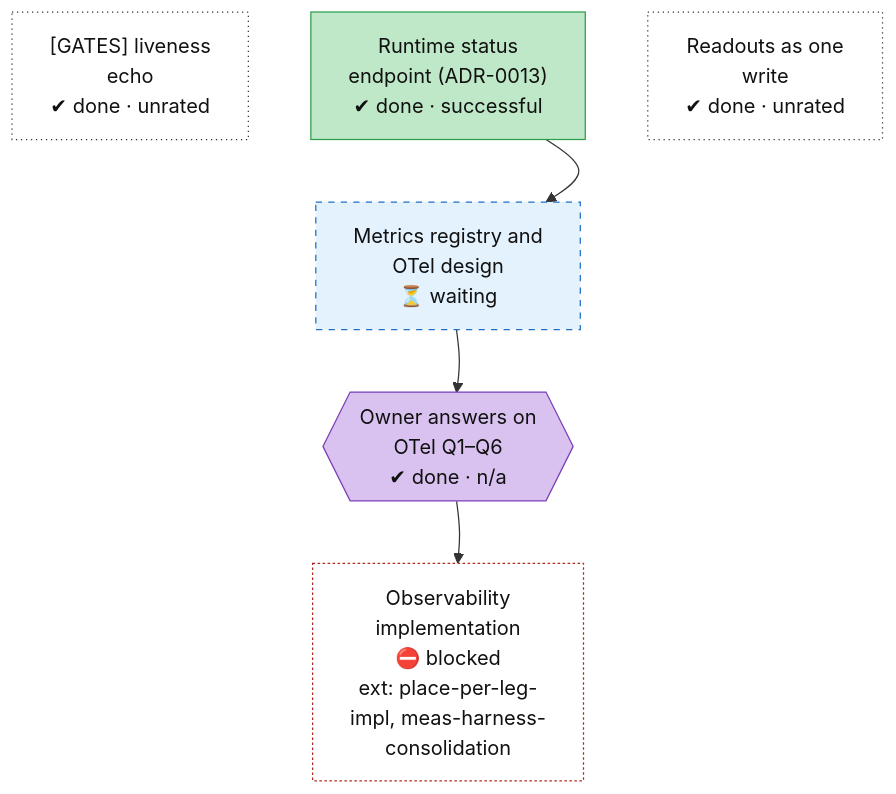
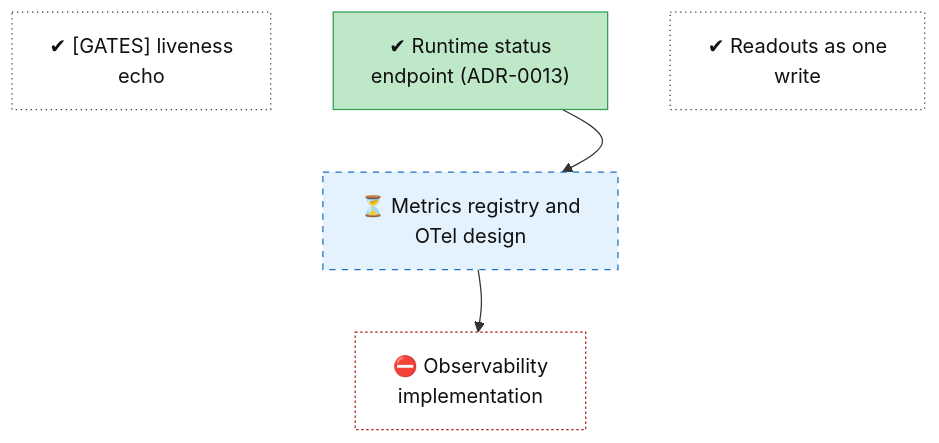
Before and after one commit to lhns/raptorpath: the diagram in docs/roadmap/tracks/obs.md, drawn with Mermaid. The commit also changed 15 other files, not shown here.

Commit message:
roadmap: one direction (time) in every diagram, shorter labels, text legend, timeline on its own page, owner decisions kept out of diagrams

````diff
--- a/docs/roadmap/tracks/obs.md
+++ b/docs/roadmap/tracks/obs.md
@@ -10,35 +10,31 @@
 ```mermaid
 flowchart TB
-    obs_status_endpoint["Runtime status<br/>endpoint (ADR-0013)<br/>✔ done · successful"]
-    obs_gates_echo["#91;GATES#93; liveness<br/>echo<br/>✔ done · unrated"]
-    obs_readout_macro["Readouts as one<br/>write<br/>✔ done · unrated"]
-    obs_otel_design["Metrics registry and<br/>OTel design<br/>⏳ waiting"]
-    obs_user_otel_answers{{"Owner answers on<br/>OTel Q1–Q6<br/>✔ done · n/a"}}
-    obs_impl["Observability<br/>implementation<br/>⛔ blocked<br/>ext: place-per-leg-<br/>impl, meas-harness-<br/>consolidation"]
+    obs_status_endpoint["✔ Runtime status<br/>endpoint (ADR-0013)"]
+    obs_gates_echo["✔ #91;GATES#93; liveness<br/>echo"]
+    obs_readout_macro["✔ Readouts as one<br/>write"]
+    obs_otel_design["⏳ Metrics registry and<br/>OTel design"]
+    obs_impl["⛔ Observability<br/>implementation"]
     obs_status_endpoint ~~~ obs_otel_design
     obs_gates_echo ~~~ obs_otel_design
     obs_readout_macro ~~~ obs_otel_design
-    obs_otel_design ~~~ obs_user_otel_answers
-    obs_user_otel_answers ~~~ obs_impl
+    obs_otel_design ~~~ obs_impl
     obs_status_endpoint --> obs_otel_design
-    obs_otel_design --> obs_user_otel_answers
-    obs_user_otel_answers --> obs_impl
+    obs_otel_design --> obs_impl
     classDef vsucc fill:#2e9e4f,stroke:#1b6b34,color:#fff
     classDef succ fill:#bfe8c8,stroke:#2e9e4f,color:#111
     classDef mixed fill:#ffd37a,stroke:#c98a00,color:#111
     classDef bad fill:#f28b82,stroke:#b3261e,color:#111
     classDef dead fill:#e6e6e6,stroke:#777,stroke-dasharray:5 5,color:#555
     classDef inprog fill:#a8cdf5,stroke:#1f6fc5,color:#111
     classDef next fill:#fff,stroke:#333,color:#111
     classDef blocked fill:#fff,stroke:#b3261e,stroke-dasharray:2 2,color:#111
     classDef parked fill:#f3f3f3,stroke:#999,color:#555
     classDef unrated fill:#fff,stroke:#333,stroke-dasharray:1 3,color:#111
     classDef userdec fill:#d9c2f0,stroke:#7b3fb5,color:#111
     classDef defect fill:#ffe0b2,stroke:#d84315,stroke-width:2px,color:#111
     classDef waiting fill:#e3f2fd,stroke:#1f6fc5,stroke-dasharray:5 5,color:#111
     class obs_status_endpoint succ
     class obs_gates_echo,obs_readout_macro unrated
     class obs_otel_design waiting
-    class obs_user_otel_answers userdec
     class obs_impl blocked
 ```
````
